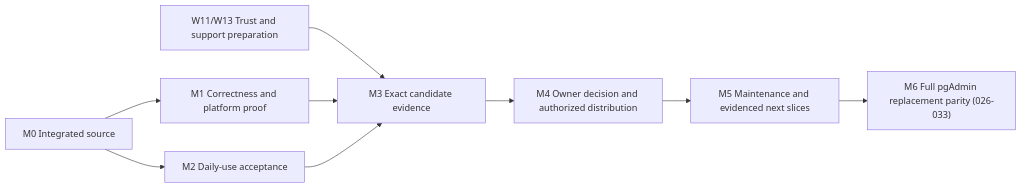
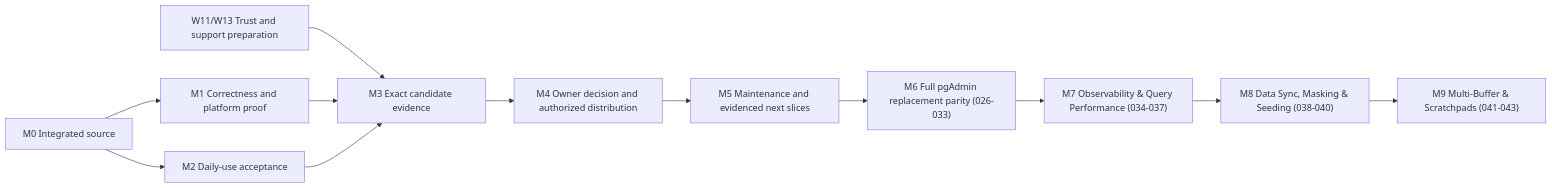
One commit to tkomane/ignatius changed the diagram in docs/product/roadmap.md. Above: the diagram before and after it, drawn with Mermaid. The commit also changed other lines of this file, not shown here.

Commit message:
docs(roadmap): expand roadmap with Milestones M7, M8, and M9 (#71)

````diff
--- a/docs/product/roadmap.md
+++ b/docs/product/roadmap.md
@@ -125,14 +128,17 @@
 ```mermaid
 flowchart LR
     %% Planning dependencies, not a runtime deployment.
     %% Assumption: the intended 012-024 feature scope remains accepted.
     %% Open inputs: native terminal access, controlled cloud accounts and release trust choices.
     M0["M0 Integrated source"] --> M1["M1 Correctness and platform proof"]
     M0 --> M2["M2 Daily-use acceptance"]
     Prep["W11/W13 Trust and support preparation"] --> M3["M3 Exact candidate evidence"]
     M1 --> M3
     M2 --> M3
     M3 --> M4["M4 Owner decision and authorized distribution"]
     M4 --> M5["M5 Maintenance and evidenced next slices"]
     M5 --> M6["M6 Full pgAdmin replacement parity (026-033)"]
+    M6 --> M7["M7 Observability & Query Performance (034-037)"]
+    M7 --> M8["M8 Data Sync, Masking & Seeding (038-040)"]
+    M8 --> M9["M9 Multi-Buffer & Scratchpads (041-043)"]
 ```
````
